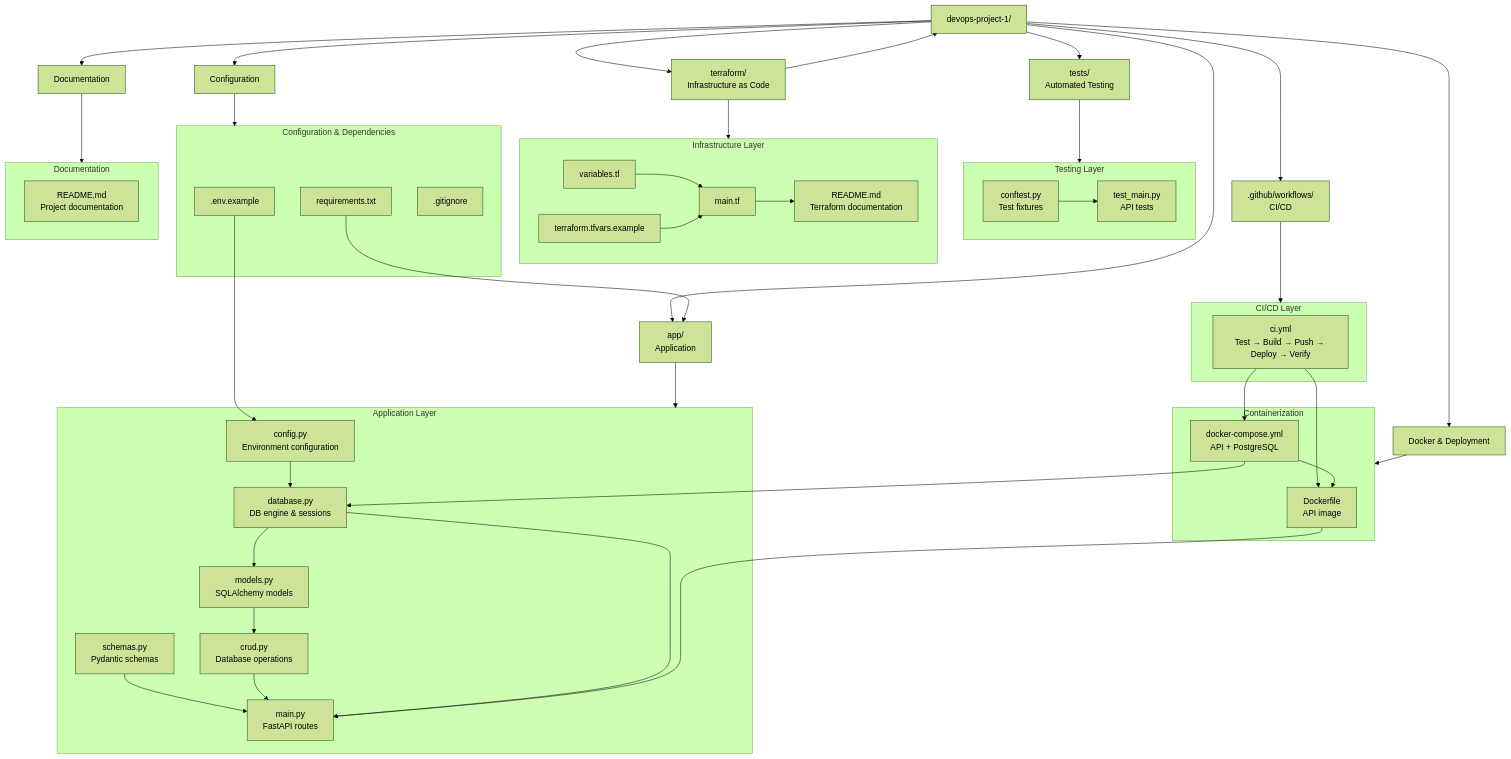
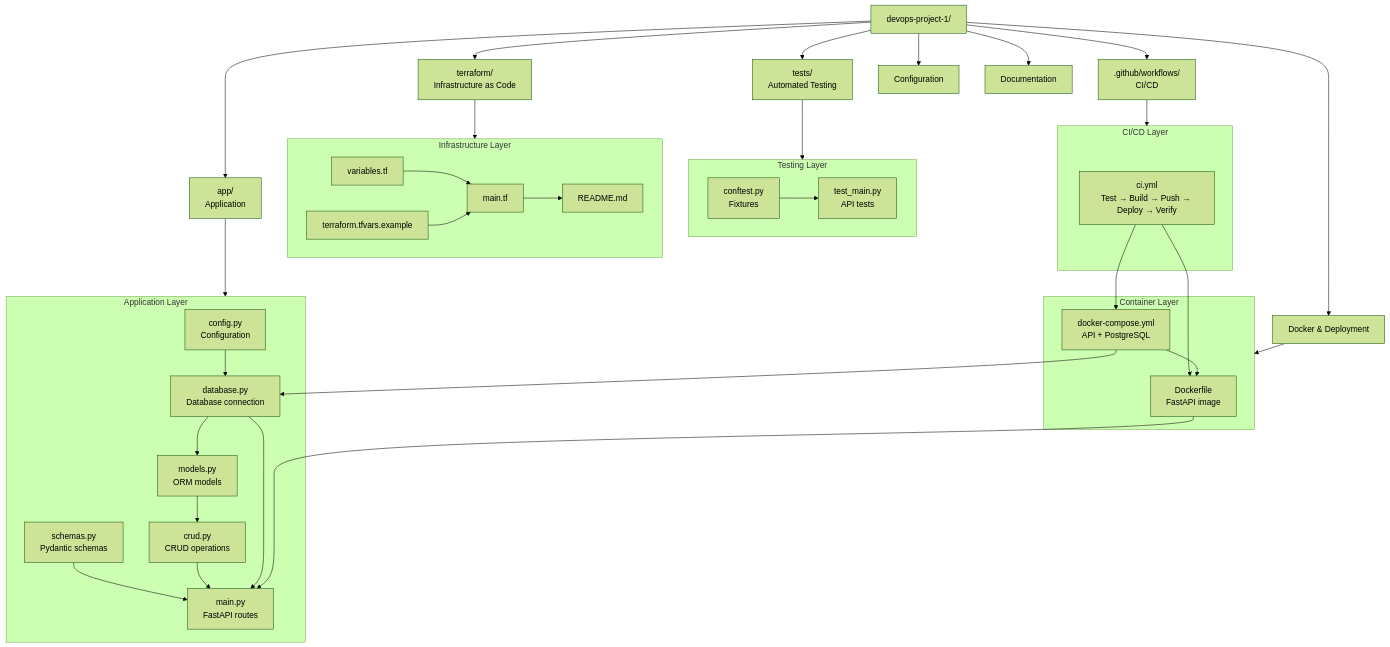
Before and after one commit to Ahsan-Dowla/devops-project-1: the second of 8 diagrams in README.md, drawn with Mermaid (forest theme). The commit also changed other lines of this file, not shown here.

````diff
--- a/README.md
+++ b/README.md
@@ -116,16 +146,16 @@
     Root --> Tests["tests/<br/>Automated Testing"]
     Root --> Terraform["terraform/<br/>Infrastructure as Code"]
     Root --> CI[".github/workflows/<br/>CI/CD"]
-    Root --> Docker["Docker & Deployment"]
+    Root --> Containers["Docker & Deployment"]
     Root --> Config["Configuration"]
     Root --> Docs["Documentation"]
 
     subgraph APPLICATION["Application Layer"]
-        ConfigPy["config.py<br/>Environment configuration"]
-        DatabasePy["database.py<br/>DB engine & sessions"]
-        ModelsPy["models.py<br/>SQLAlchemy models"]
+        ConfigPy["config.py<br/>Configuration"]
+        DatabasePy["database.py<br/>Database connection"]
+        ModelsPy["models.py<br/>ORM models"]
         SchemasPy["schemas.py<br/>Pydantic schemas"]
-        CrudPy["crud.py<br/>Database operations"]
+        CrudPy["crud.py<br/>CRUD operations"]
         MainPy["main.py<br/>FastAPI routes"]
 
         ConfigPy --> DatabasePy
@@ -137,7 +167,7 @@
     end
 
     subgraph TESTING["Testing Layer"]
-        Conftest["conftest.py<br/>Test fixtures"]
+        Conftest["conftest.py<br/>Fixtures"]
         TestMain["test_main.py<br/>API tests"]
 
         Conftest --> TestMain
@@ -147,46 +177,31 @@
         MainTF["main.tf"]
         VariablesTF["variables.tf"]
         TFVars["terraform.tfvars.example"]
-        TerraformReadme["README.md<br/>Terraform documentation"]
+        TFReadme["README.md"]
 
         VariablesTF --> MainTF
         TFVars --> MainTF
-        MainTF --> TerraformReadme
+        MainTF --> TFReadme
     end
 
     subgraph CICD["CI/CD Layer"]
         Workflow["ci.yml<br/>Test → Build → Push → Deploy → Verify"]
     end
 
-    subgraph CONTAINERS["Containerization"]
-        Dockerfile["Dockerfile<br/>API image"]
+    subgraph DOCKER["Container Layer"]
+        Dockerfile["Dockerfile<br/>FastAPI image"]
         Compose["docker-compose.yml<br/>API + PostgreSQL"]
-    end
-
-    subgraph CONFIGURATION["Configuration & Dependencies"]
-        Env[".env.example"]
-        Requirements["requirements.txt"]
-        Gitignore[".gitignore"]
-    end
-
-    subgraph DOCUMENTATION["Documentation"]
-        Readme["README.md<br/>Project documentation"]
     end
 
     App --> APPLICATION
     Tests --> TESTING
     Terraform --> INFRASTRUCTURE
     CI --> CICD
-    Docker --> CONTAINERS
-    Config --> CONFIGURATION
-    Docs --> DOCUMENTATION
+    Containers --> DOCKER
 
     Workflow --> Dockerfile
     Workflow --> Compose
     Dockerfile --> MainPy
+    Compose --> Dockerfile
     Compose --> DatabasePy
-    Compose --> Dockerfile
-    Env --> ConfigPy
-    Requirements --> App
-    Terraform --> Root
 ```
````
